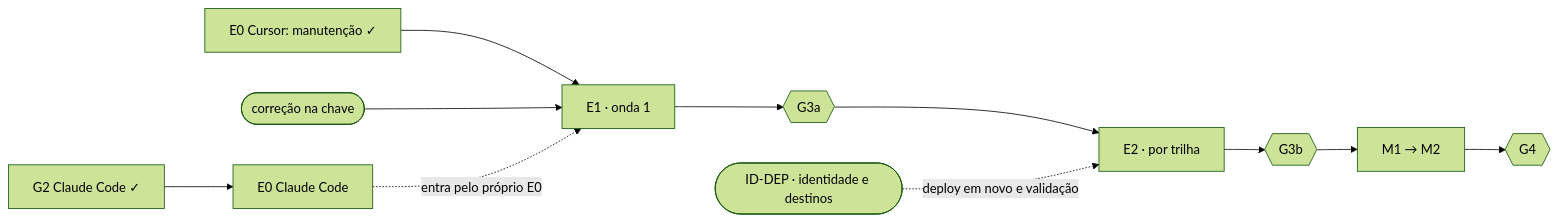
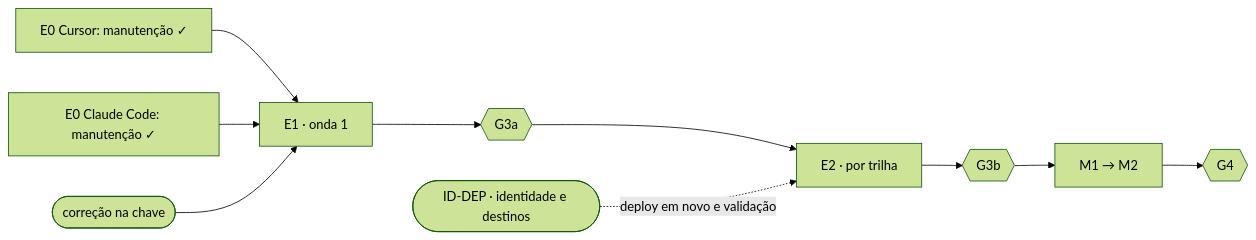
Before and after one commit to Bruno-Primesz-Lauria/avante-harness-engineer: the diagram in PLANO-AGENTES-TRILHAS.md, drawn with Mermaid (forest theme). The commit also changed other lines of this file and 12 other files, not shown here.

First line of the commit message:
E0-CC: manutencao obrigatoria no Claude Code e fim do limite temporario

````diff
--- a/PLANO-AGENTES-TRILHAS.md
+++ b/PLANO-AGENTES-TRILHAS.md
@@ -148,9 +148,8 @@
 ```mermaid
 flowchart LR
-  G2CC["G2 Claude Code ✓"] --> E0CC["E0 Claude Code"]
   E0CU["E0 Cursor: manutenção ✓"] --> E1["E1 · onda 1"]
+  E0CC["E0 Claude Code: manutenção ✓"] --> E1
   DEC(["correção na chave"]) --> E1
-  E0CC -.->|entra pelo próprio E0| E1
   E1 --> G3a{{"G3a"}} --> E2["E2 · por trilha"] --> G3b{{"G3b"}} --> M["M1 → M2"] --> G4{{"G4"}}
   IDDEP(["ID-DEP · identidade e destinos"]) -.->|deploy em novo e validação| E2
 ```
````
